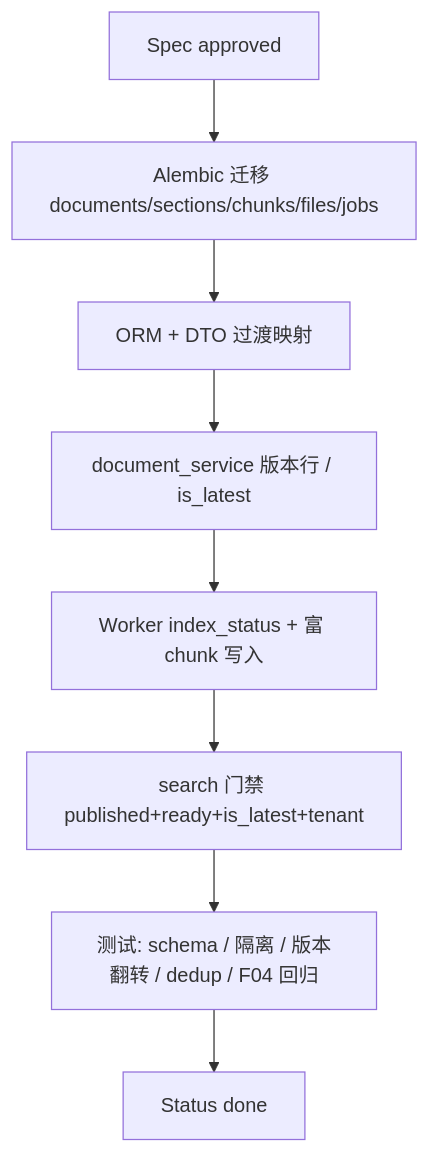
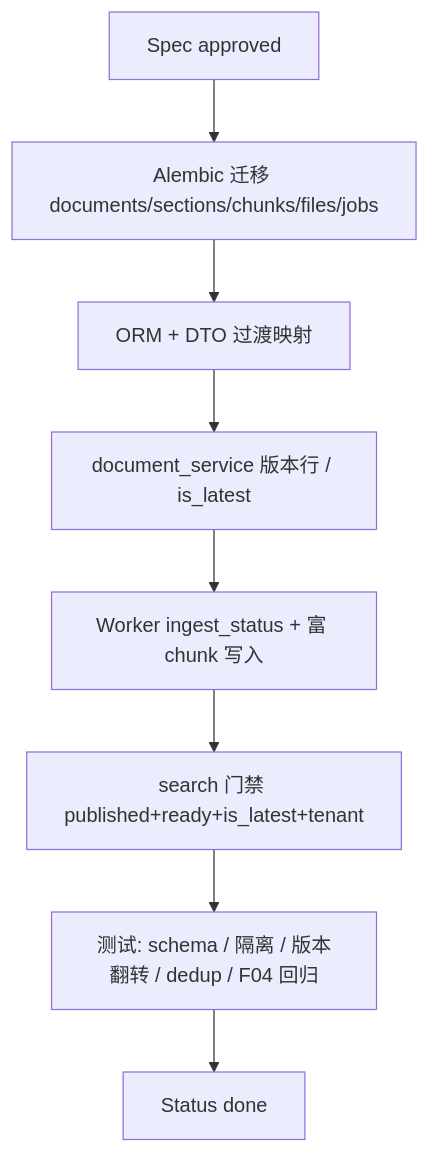
One commit to zmisi/rag-as-service changed the diagram in docs/specs/phase1/features/F07-doc-ingestion-data-model.md. Above: the diagram before and after it, drawn with Mermaid. The commit also changed other lines of this file and 71 other files, not shown here.

````diff
--- a/docs/specs/phase1/features/F07-doc-ingestion-data-model.md
+++ b/docs/specs/phase1/features/F07-doc-ingestion-data-model.md
@@ -38,10 +38,10 @@
 ```mermaid
 flowchart TD
   A[Spec approved] --> B[Alembic 迁移 documents/sections/chunks/files/jobs]
   B --> C[ORM + DTO 过渡映射]
   C --> D[document_service 版本行 / is_latest]
-  D --> E[Worker index_status + 富 chunk 写入]
+  D --> E[Worker ingest_status + 富 chunk 写入]
   E --> F[search 门禁 published+ready+is_latest+tenant]
   F --> G[测试: schema / 隔离 / 版本翻转 / dedup / F04 回归]
   G --> H[Status done]
 ```
````
